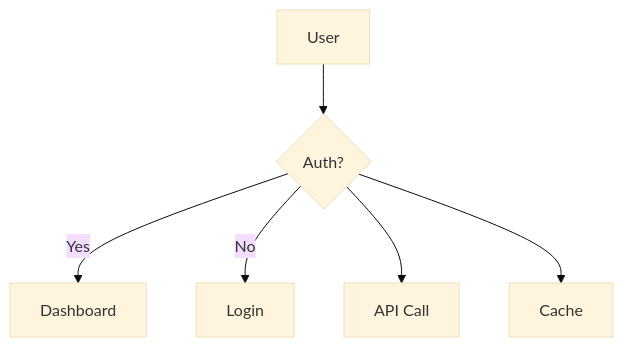
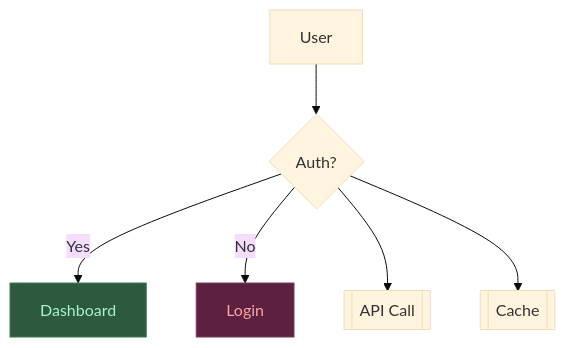
Before and after one commit to Epsilondelta-ai/flowbook: the diagram in examples/auth/login.flow.md, drawn with Mermaid (base theme). The commit also changed 4 other files, not shown here.

Commit message:
feat: add zoom/pan and per-node-type coloring to diagrams

````diff
--- a/examples/auth/login.flow.md
+++ b/examples/auth/login.flow.md
@@ -9,8 +9,13 @@
 ```mermaid
 flowchart TD
     A[User] --> B{Auth?}
     B -->|Yes| C[Dashboard]
     B -->|No| D[Login]
-    B --> E[API Call]
-    B --> F[Cache]
+    B --> E[[API Call]]
+    B --> F[[Cache]]
+
+    classDef success fill:#2d5a3f,stroke:#3d7a4f,color:#a7f3d0
+    classDef danger fill:#5c2040,stroke:#7a3d5c,color:#fca5a5
+    class C success
+    class D danger
 ```
````
